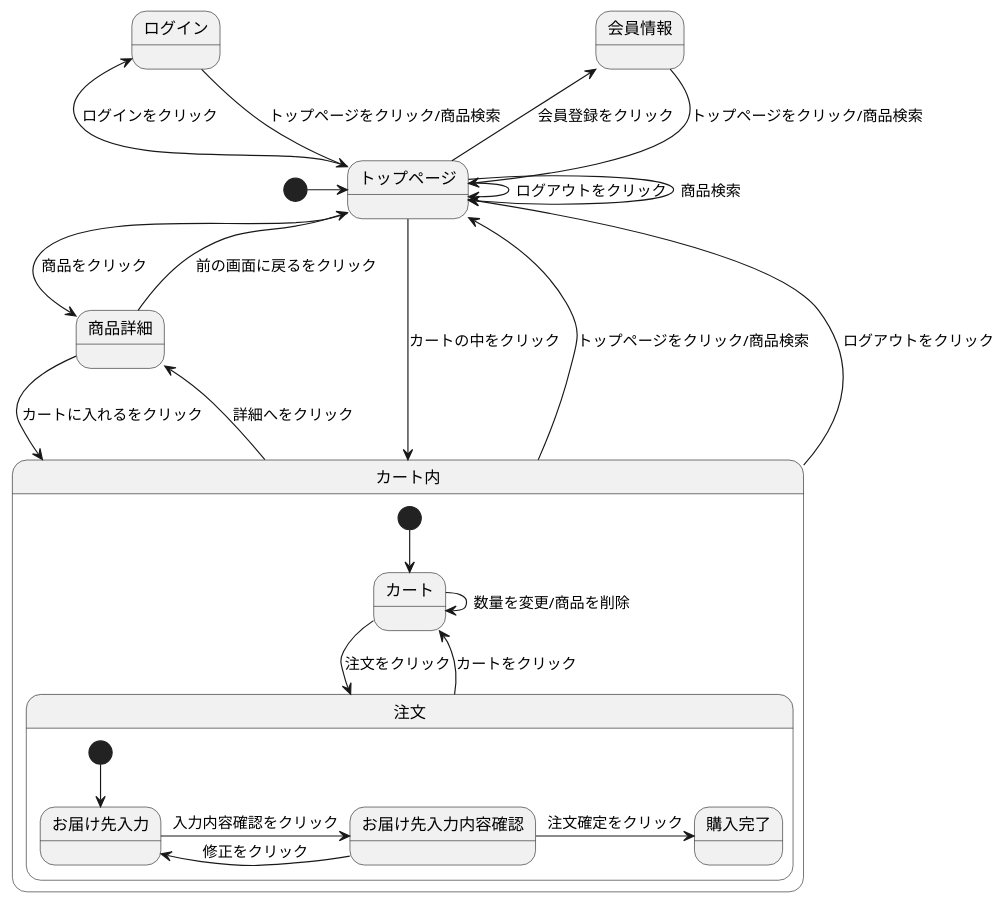
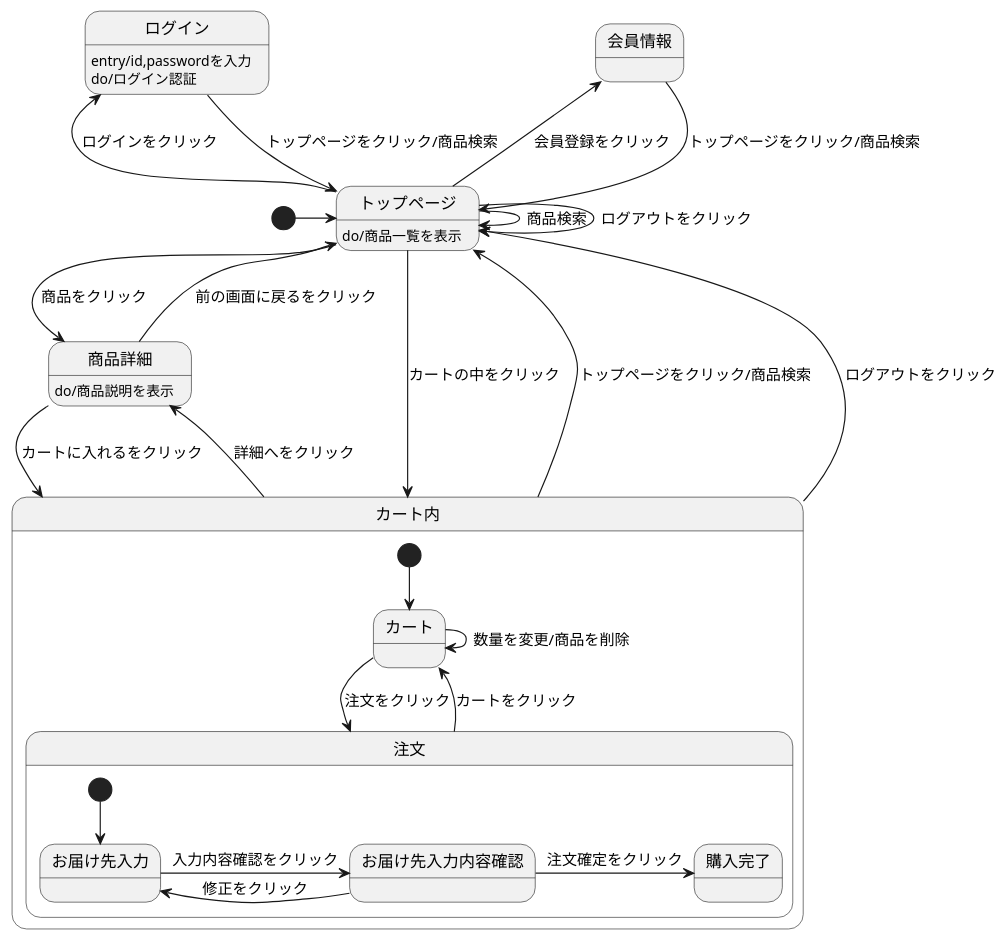
The diagram in state.md (masatokg/2021sys-design), drawn with PlantUML before and after one commit.

````diff
--- a/state.md
+++ b/state.md
@@ -1,31 +1,35 @@
 ```uml
 @startuml
 [*] -> トップページ
 会員情報 --> トップページ : トップページをクリック/商品検索
 ログイン --> トップページ : トップページをクリック/商品検索
-トップページ -> トップページ : ログアウトをクリック
+ログイン : entry/id,passwordを入力
+ログイン : do/ログイン認証
+トップページ --> トップページ : ログアウトをクリック
 トップページ -> トップページ : 商品検索
 トップページ -> 商品詳細 : 商品をクリック
 トップページ -left-> 会員情報 : 会員登録をクリック
 トップページ -left-> ログイン : ログインをクリック
 トップページ --> カート内 : カートの中をクリック
+トップページ : do/商品一覧を表示
 商品詳細 --> カート内 : カートに入れるをクリック
 商品詳細 --> トップページ : 前の画面に戻るをクリック
+商品詳細 : do/商品説明を表示
 カート内 -up-> トップページ : トップページをクリック/商品検索
 カート内 -up-> トップページ : ログアウトをクリック
 カート内 -> 商品詳細 : 詳細へをクリック
 
 state カート内 {
   [*] --> カート
   カート -> 注文 : 注文をクリック
   カート -> カート : 数量を変更/商品を削除
   注文 --> カート : カートをクリック
   state 注文 {
     [*] --> お届け先入力
     お届け先入力 -> お届け先入力内容確認 : 入力内容確認をクリック
     お届け先入力内容確認 -> お届け先入力 : 修正をクリック
     お届け先入力内容確認 -> 購入完了 : 注文確定をクリック
   }
 }
 @enduml
 ```
````
